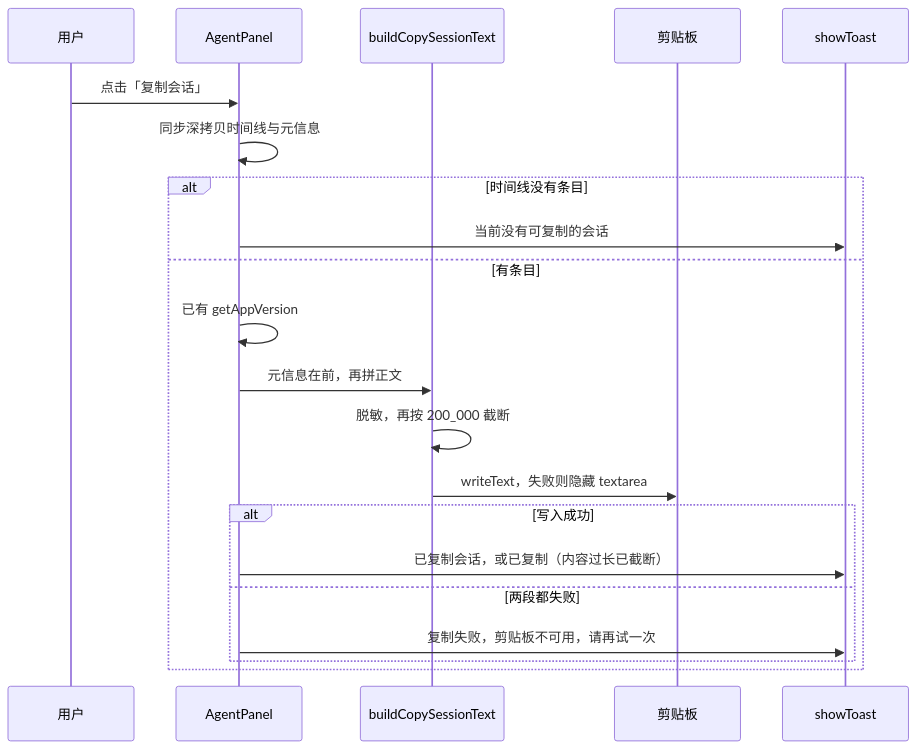
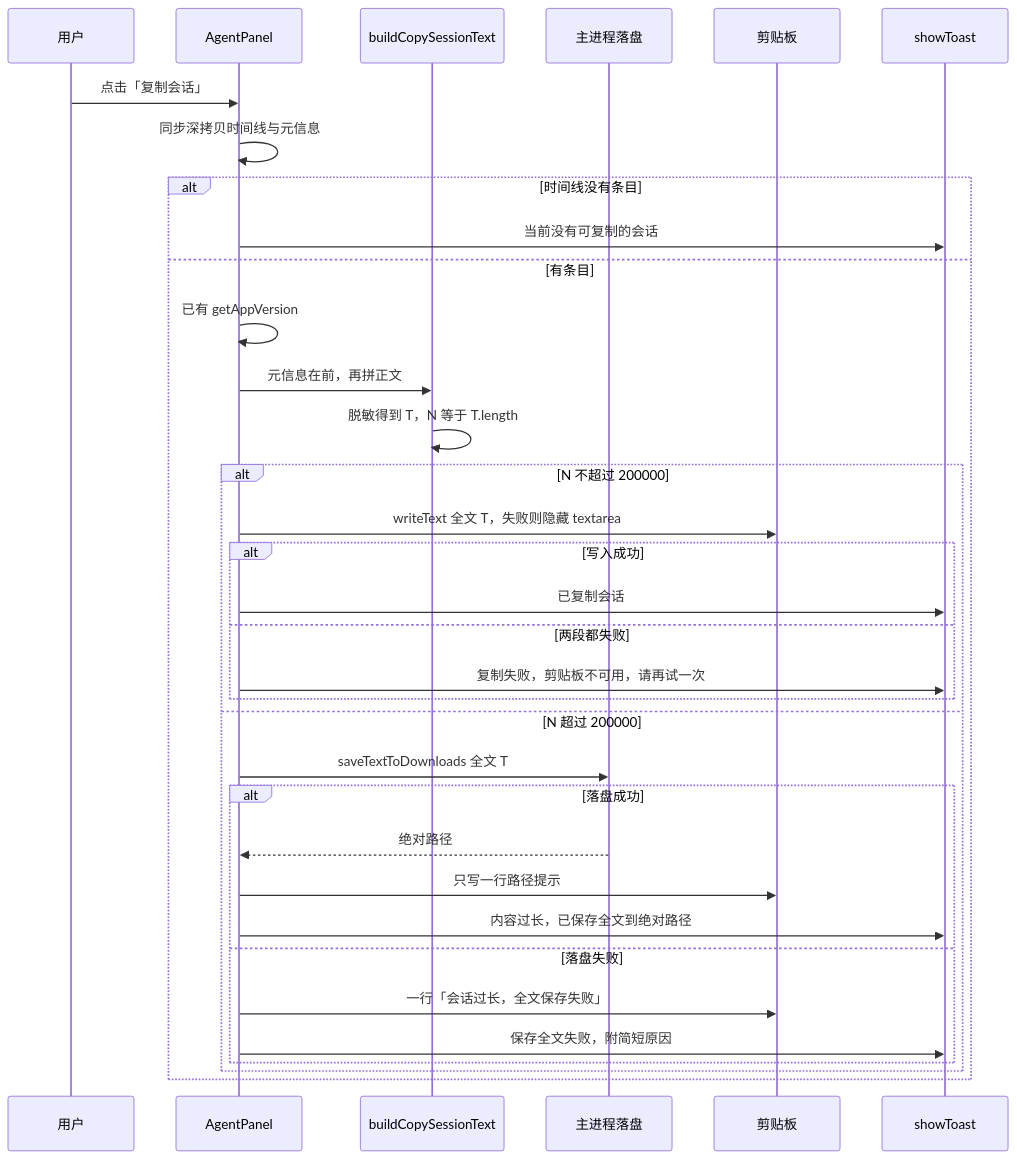
One commit to Pedro-MAFS/ftcs changed the diagram in docs/design/US-CS-复制当前智能体会话.md. Above: the diagram before and after it, drawn with Mermaid. The commit also changed other lines of this file, not shown here.

````diff
--- a/docs/design/US-CS-复制当前智能体会话.md
+++ b/docs/design/US-CS-复制当前智能体会话.md
@@ -344,24 +356,37 @@
 ```mermaid
 sequenceDiagram
   participant User as 用户
   participant Panel as AgentPanel
   participant Build as buildCopySessionText
+  participant Main as 主进程落盘
   participant Clip as 剪贴板
   participant Toast as showToast
 
   User->>Panel: 点击「复制会话」
   Panel->>Panel: 同步深拷贝时间线与元信息
   alt 时间线没有条目
     Panel->>Toast: 当前没有可复制的会话
   else 有条目
     Panel->>Panel: 已有 getAppVersion
     Panel->>Build: 元信息在前，再拼正文
-    Build->>Build: 脱敏，再按 200_000 截断
-    Build->>Clip: writeText，失败则隐藏 textarea
-    alt 写入成功
-      Panel->>Toast: 已复制会话，或已复制（内容过长已截断）
-    else 两段都失败
-      Panel->>Toast: 复制失败，剪贴板不可用，请再试一次
+    Build->>Build: 脱敏得到 T，N 等于 T.length
+    alt N 不超过 200000
+      Panel->>Clip: writeText 全文 T，失败则隐藏 textarea
+      alt 写入成功
+        Panel->>Toast: 已复制会话
+      else 两段都失败
+        Panel->>Toast: 复制失败，剪贴板不可用，请再试一次
+      end
+    else N 超过 200000
+      Panel->>Main: saveTextToDownloads 全文 T
+      alt 落盘成功
+        Main-->>Panel: 绝对路径
+        Panel->>Clip: 只写一行路径提示
+        Panel->>Toast: 内容过长，已保存全文到绝对路径
+      else 落盘失败
+        Panel->>Clip: 一行「会话过长，全文保存失败」
+        Panel->>Toast: 保存全文失败，附简短原因
+      end
     end
   end
 ```
````
